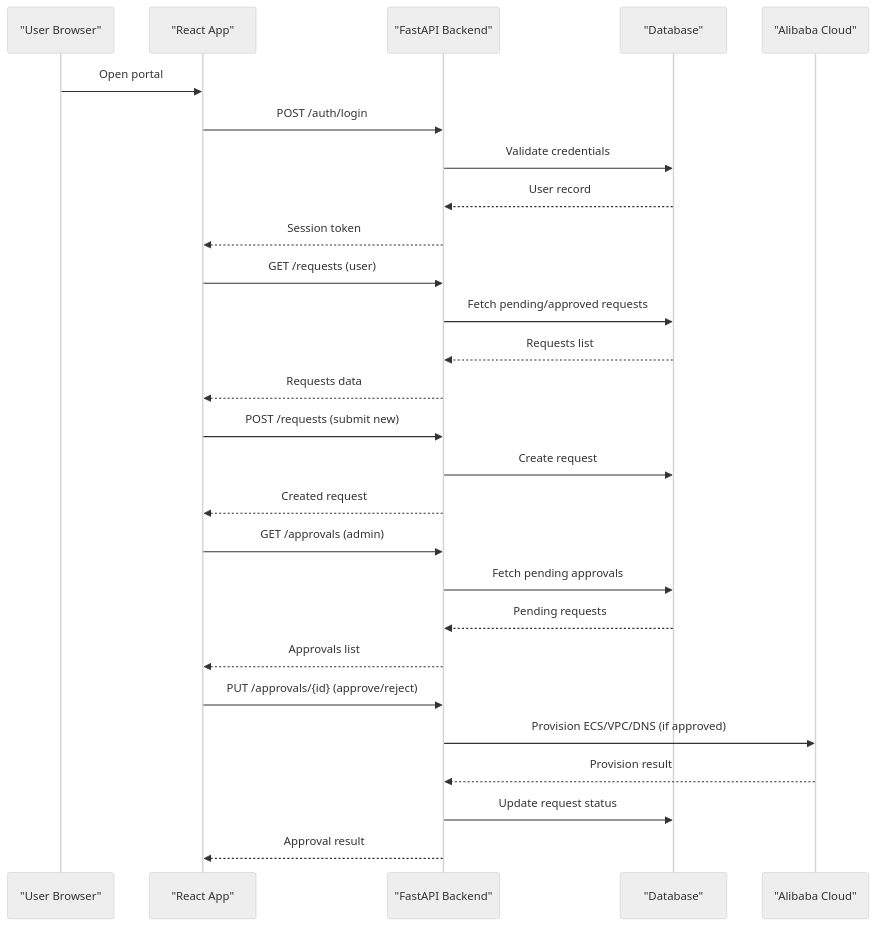
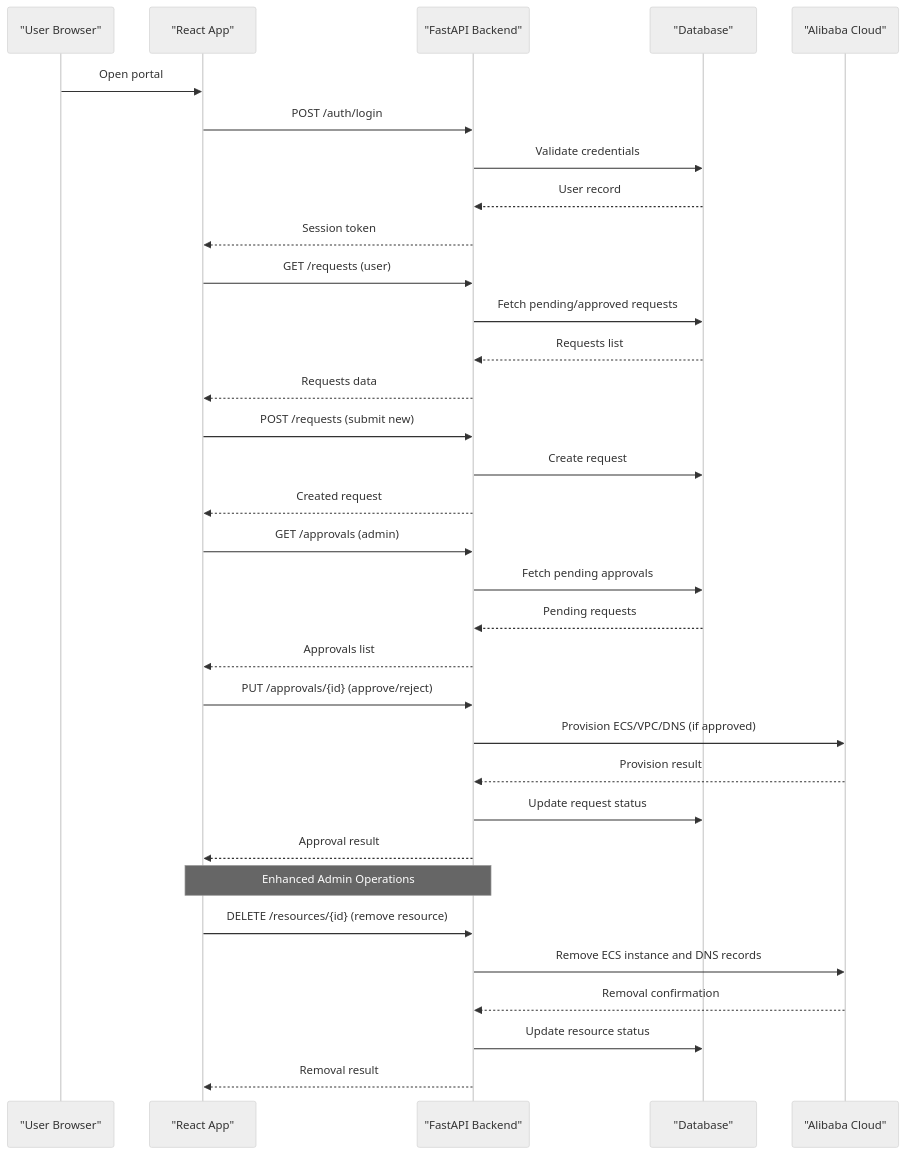
Before and after one commit to 14Lucifer/hackathon_ecs_creator: the second of 6 diagrams in .qoder/repowiki/en/content/Getting Started/User Guide.md, drawn with Mermaid (neutral theme). The commit also changed other lines of this file and 92 other files, not shown here.

````diff
--- a/.qoder/repowiki/en/content/Getting Started/User Guide.md
+++ b/.qoder/repowiki/en/content/Getting Started/User Guide.md
@@ -228,29 +235,35 @@
 ```mermaid
 sequenceDiagram
 participant U as "User Browser"
 participant FE as "React App"
 participant API as "FastAPI Backend"
 participant DB as "Database"
 participant CLOUD as "Alibaba Cloud"
 U->>FE : Open portal
 FE->>API : POST /auth/login
 API->>DB : Validate credentials
 DB-->>API : User record
 API-->>FE : Session token
 FE->>API : GET /requests (user)
 API->>DB : Fetch pending/approved requests
 DB-->>API : Requests list
 API-->>FE : Requests data
 FE->>API : POST /requests (submit new)
 API->>DB : Create request
 API-->>FE : Created request
 FE->>API : GET /approvals (admin)
 API->>DB : Fetch pending approvals
 DB-->>API : Pending requests
 API-->>FE : Approvals list
 FE->>API : PUT /approvals/{id} (approve/reject)
 API->>CLOUD : Provision ECS/VPC/DNS (if approved)
 CLOUD-->>API : Provision result
 API->>DB : Update request status
 API-->>FE : Approval result
+Note over FE,API : Enhanced Admin Operations
+FE->>API : DELETE /resources/{id} (remove resource)
+API->>CLOUD : Remove ECS instance and DNS records
+CLOUD-->>API : Removal confirmation
+API->>DB : Update resource status
+API-->>FE : Removal result
 ```
````
